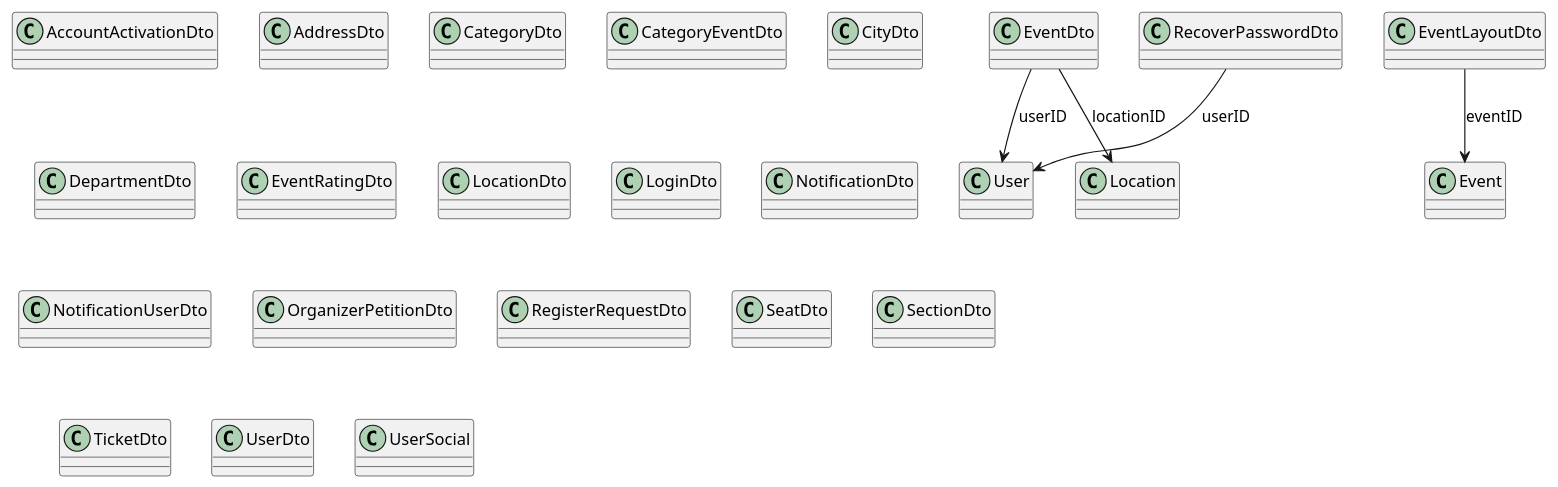
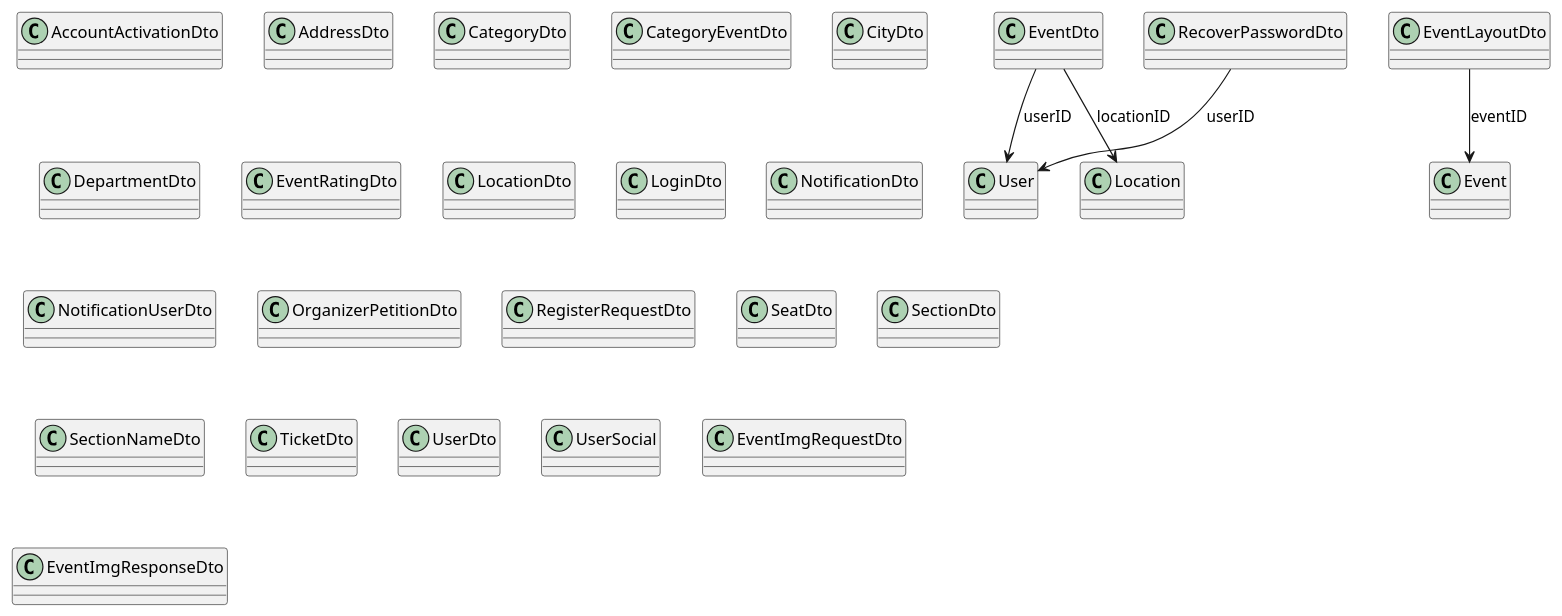
Before and after one commit to lozano2303/tu-evento: the diagram in architecture/class diagram/class diagram dto simple.puml, drawn with PlantUML. The commit also changed 29 other files, not shown here.

Commit message:
feat(backend and web): section management in maquetation, class diagram actualization

```diff
--- a/architecture/class diagram/class diagram dto simple.puml
+++ b/architecture/class diagram/class diagram dto simple.puml
@@ -1,72 +1,81 @@
 @startuml Simple DTO Class Diagram
 
 class AccountActivationDto {
 }
 
 class AddressDto {
 }
 
 class CategoryDto {
 }
 
 class CategoryEventDto {
 }
 
 class CityDto {
 }
 
 class DepartmentDto {
 }
 
 class EventDto {
 }
 
 class EventLayoutDto {
 }
 
 class EventRatingDto {
 }
 
 class LocationDto {
 }
 
 class LoginDto {
 }
 
 class NotificationDto {
 }
 
 class NotificationUserDto {
 }
 
 class OrganizerPetitionDto {
 }
 
 class RecoverPasswordDto {
 }
 
 class RegisterRequestDto {
 }
 
 class SeatDto {
 }
 
 class SectionDto {
 }
 
+class SectionNameDto {
+}
+
 class TicketDto {
 }
 
 class UserDto {
 }
 
 class UserSocial {
 }
 
+class EventImgRequestDto {
+}
+
+class EventImgResponseDto {
+}
+
 ' Relationships
 EventDto --> User : userID
 EventDto --> Location : locationID
 EventLayoutDto --> Event : eventID
 RecoverPasswordDto --> User : userID
 
 @enduml
```
